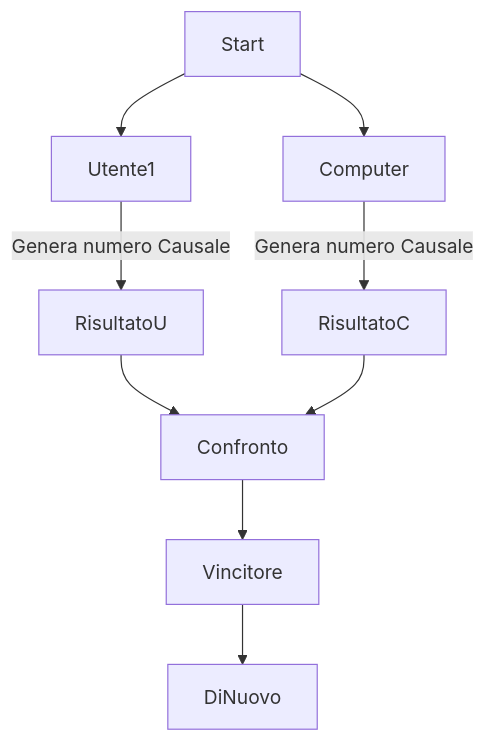
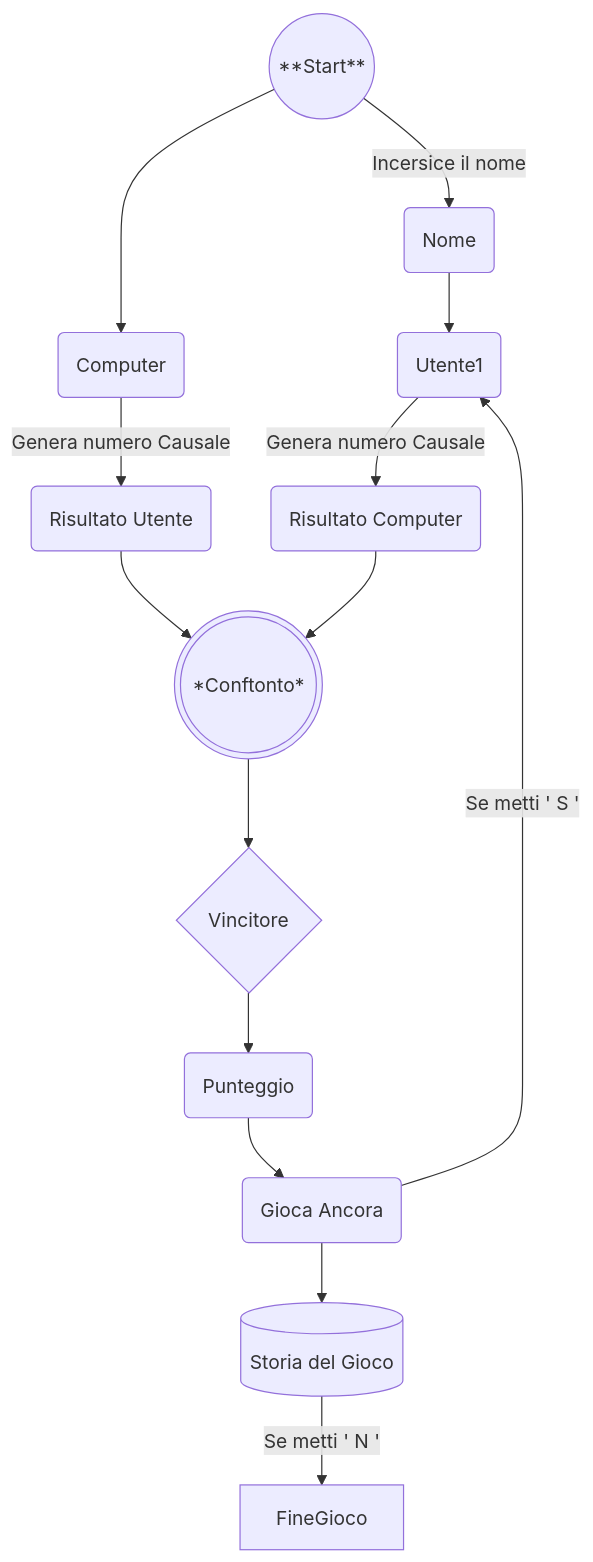
One commit to arte-y/dev_2024 changed the diagram in Assignment/07_Gioco_dadi/README.md. Above: the diagram before and after it, drawn with Mermaid. The commit also changed other lines of this file and 3 other files, not shown here.

````diff
--- a/Assignment/07_Gioco_dadi/README.md
+++ b/Assignment/07_Gioco_dadi/README.md
@@ -289,12 +425,17 @@
 ```mermaid
-graph TD
-Start --> Utente1
-Utente1 --> |"Genera numero Causale"| RisultatoU
+flowchart TD
+Start((**Start**)) --> |"Incersice il nome"| Nome
+Nome(Nome) --> Utente1
+Utente1(Utente1) --> |"Genera numero Causale"| RisultatoU
 Start --> Computer
-Computer --> |"Genera numero Causale"| RisultatoC
-RisultatoU --> Confronto
-RisultatoC --> Confronto
-Confronto --> Vincitore
-Vincitore --> DiNuovo
+Computer(Computer) --> |"Genera numero Causale"| RisultatoC
+RisultatoC(Risultato Utente) --> Confronto
+RisultatoU(Risultato Computer) --> Confronto
+Confronto((( *Conftonto* ))) --> Vincitore{Vincitore}
+Vincitore --> Punteggi(Punteggio)
+Punteggi --> GiocaAncora(Gioca Ancora)
+GiocaAncora --> |"Se metti ' S '"| Utente1(Utente1)
+GiocaAncora --> StoriaGioca[(Storia del Gioco)]
+StoriaGioca --> |"Se metti ' N '"| FineGioco
 
 ```
````
